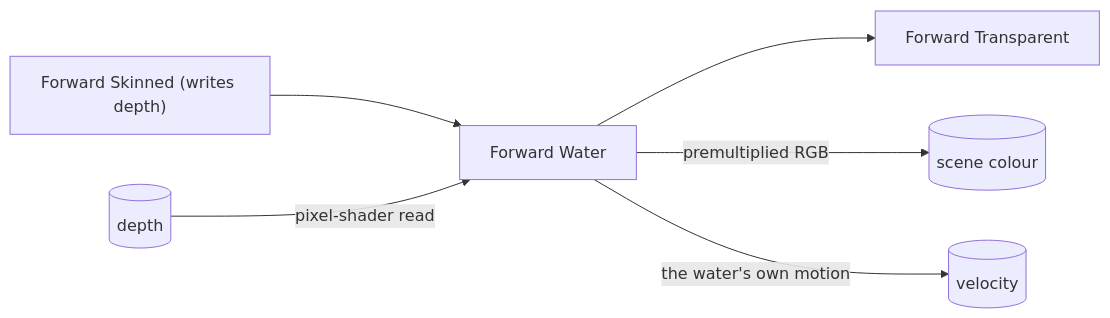
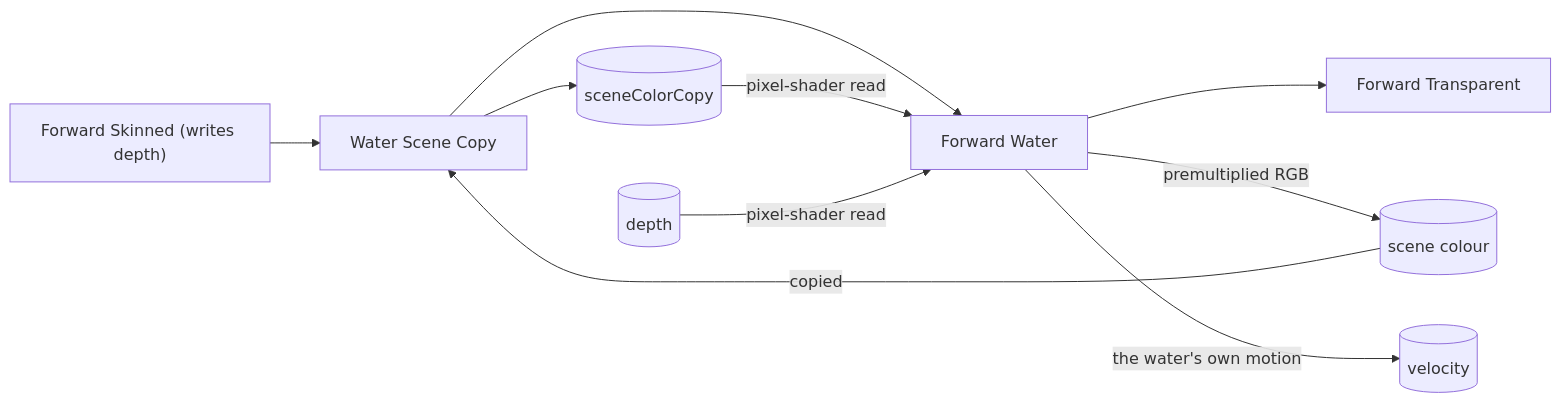
The diagram in docs/water.md (alexjiang200407/bernini), drawn with Mermaid before and after one commit. The commit also changed other lines of this file and 26 other files, not shown here.

````diff
--- a/docs/water.md
+++ b/docs/water.md
@@ -52,8 +54,12 @@
 ```mermaid
 flowchart LR
-    FWS["Forward Skinned (writes depth)"] --> FWW["Forward Water"]
+    FWS["Forward Skinned (writes depth)"] --> WSC["Water Scene Copy"]
+    WSC --> FWW["Forward Water"]
     FWW --> FWT["Forward Transparent"]
+    C -- "copied" --> WSC
+    WSC --> CC[("sceneColorCopy")]
+    CC -- "pixel-shader read" --> FWW
     D[("depth")] -- "pixel-shader read" --> FWW
     FWW -- "premultiplied RGB" --> C[("scene colour")]
     FWW -- "the water's own motion" --> V[("velocity")]
 ```
````
